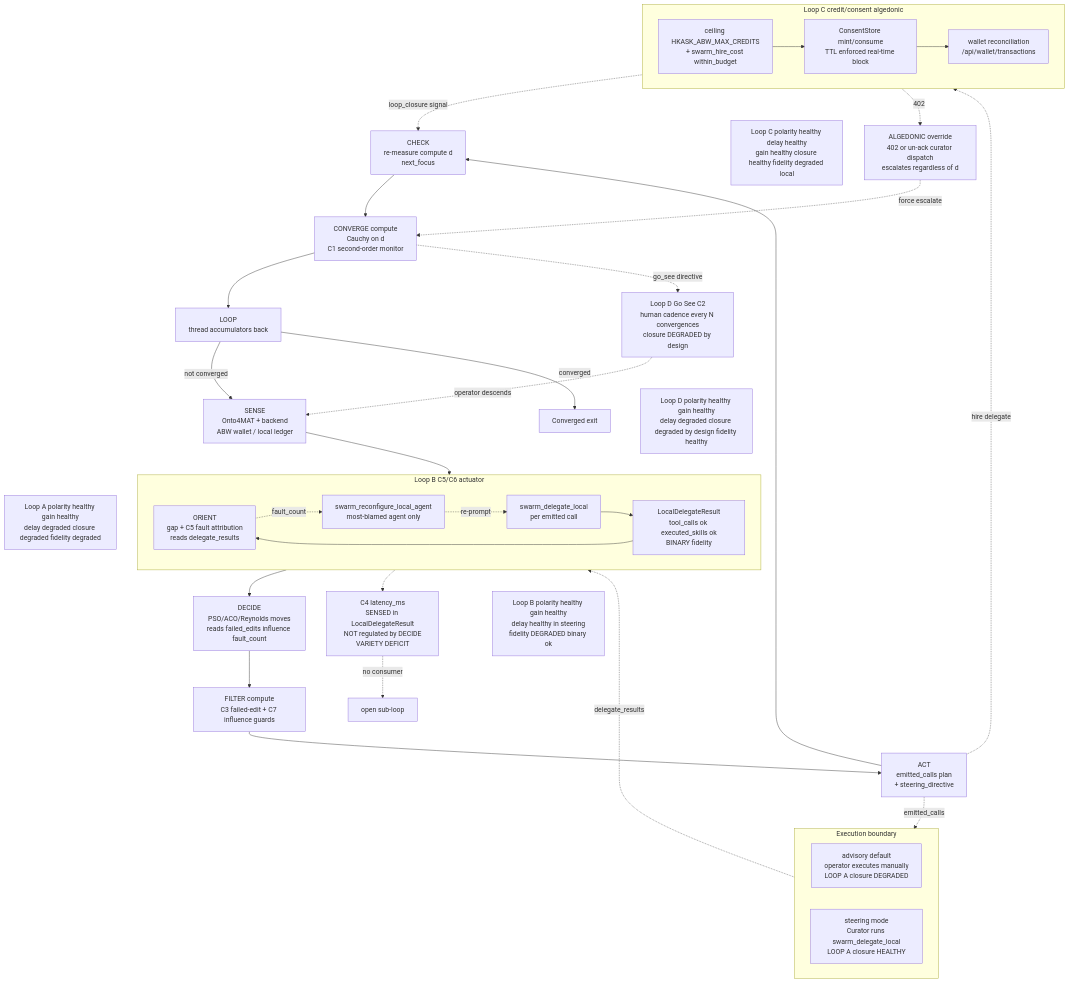
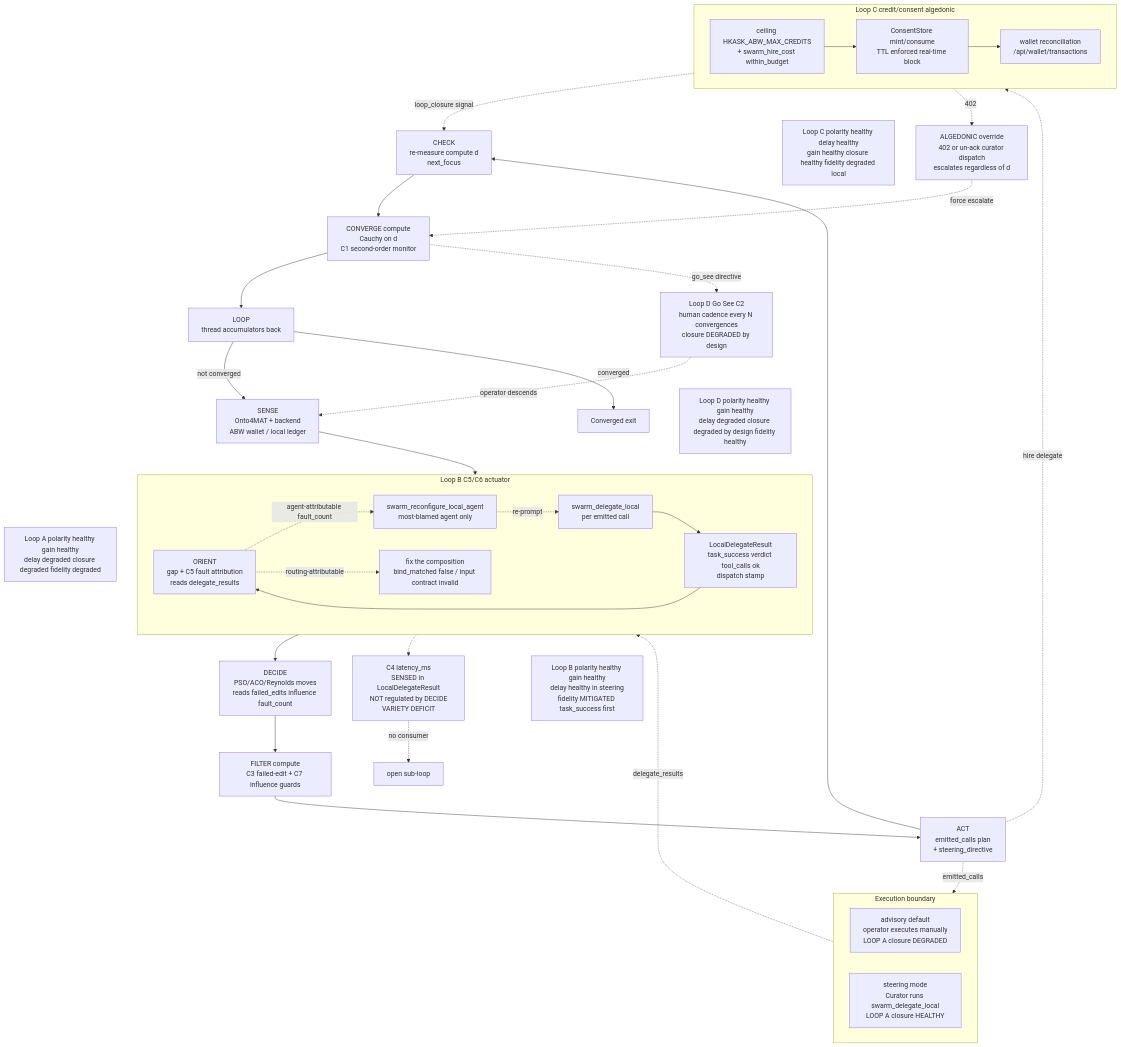
The fourth of 6 diagrams in kask/docs/diagrams/swarm.md (mdz-axo/zed-kask), drawn with Mermaid before and after one commit. The commit also changed other lines of this file and 2 other files, not shown here.

First line of the commit message:
Document R6 dispatch stamp and C5/C6 blame split

````diff
--- a/kask/docs/diagrams/swarm.md
+++ b/kask/docs/diagrams/swarm.md
@@ -325,65 +331,66 @@
 ```mermaid
 flowchart TD
     SENSE["SENSE<br/>Onto4MAT + backend<br/>ABW wallet / local ledger"]
     ORIENT["ORIENT<br/>gap + C5 fault attribution<br/>reads delegate_results"]
     DECIDE["DECIDE<br/>PSO/ACO/Reynolds moves<br/>reads failed_edits influence fault_count"]
     FILTER["FILTER compute<br/>C3 failed-edit + C7 influence guards"]
     ACT["ACT<br/>emitted_calls plan<br/>+ steering_directive"]
     CHECK["CHECK<br/>re-measure compute d<br/>next_focus"]
     CONV["CONVERGE compute<br/>Cauchy on d<br/>C1 second-order monitor"]
     LOOP["LOOP<br/>thread accumulators back"]
 
     SENSE --> ORIENT --> DECIDE --> FILTER --> ACT --> CHECK --> CONV --> LOOP
     LOOP -->|not converged| SENSE
     LOOP -->|converged| DONE[Converged exit]
 
     subgraph exec["Execution boundary"]
         direction LR
         ADV["advisory default<br/>operator executes manually<br/>LOOP A closure DEGRADED"]
         STEER["steering mode<br/>Curator runs swarm_delegate_local<br/>LOOP A closure HEALTHY"]
     end
     ACT -.->|emitted_calls| exec
     exec -.->|delegate_results| ORIENT
 
     subgraph c6["Loop B C5/C6 actuator"]
         direction LR
         DL["swarm_delegate_local<br/>per emitted call"]
-        RES["LocalDelegateResult<br/>tool_calls ok executed_skills ok<br/>BINARY fidelity"]
+        RES["LocalDelegateResult<br/>task_success verdict tool_calls ok<br/>dispatch stamp"]
         RC["swarm_reconfigure_local_agent<br/>most-blamed agent only"]
         DL --> RES --> ORIENT
-        ORIENT -.->|fault_count| RC
+        ORIENT -.->|agent-attributable fault_count| RC
+        ORIENT -.->|routing-attributable| COMP["fix the composition<br/>bind_matched false / input contract invalid"]
         RC -.->|re-prompt| DL
     end
 
     subgraph cred["Loop C credit/consent algedonic"]
         direction LR
         CEIL["ceiling HKASK_ABW_MAX_CREDITS<br/>+ swarm_hire_cost within_budget"]
         CONSENT["ConsentStore mint/consume<br/>TTL enforced real-time block"]
         WALLET["wallet reconciliation<br/>/api/wallet/transactions"]
         CEIL --> CONSENT --> WALLET
     end
     ACT -.->|hire delegate| cred
     WALLET -.->|loop_closure signal| CHECK
 
     ALG["ALGEDONIC override<br/>402 or un-ack curator dispatch<br/>escalates regardless of d"]
     cred -.->|402| ALG
     ALG -.->|force escalate| CONV
 
     GSEE["Loop D Go See C2<br/>human cadence every N convergences<br/>closure DEGRADED by design"]
     CONV -.->|go_see directive| GSEE
     GSEE -.->|operator descends| SENSE
 
     LAT["C4 latency_ms<br/>SENSED in LocalDelegateResult<br/>NOT regulated by DECIDE<br/>VARIETY DEFICIT"]
     RES -.-> LAT
     LAT -.->|no consumer| X["open sub-loop"]
 
     noteA["Loop A polarity healthy gain healthy<br/>delay degraded closure degraded fidelity degraded"]
-    noteB["Loop B polarity healthy gain healthy<br/>delay healthy in steering<br/>fidelity DEGRADED binary ok"]
+    noteB["Loop B polarity healthy gain healthy<br/>delay healthy in steering<br/>fidelity MITIGATED task_success first"]
     noteC["Loop C polarity healthy delay healthy<br/>gain healthy closure healthy fidelity degraded local"]
     noteD["Loop D polarity healthy gain healthy<br/>delay degraded closure degraded by design fidelity healthy"]
 
     SENSE ~~~ noteA
     RC ~~~ noteB
     WALLET ~~~ noteC
     GSEE ~~~ noteD
 ```
````
